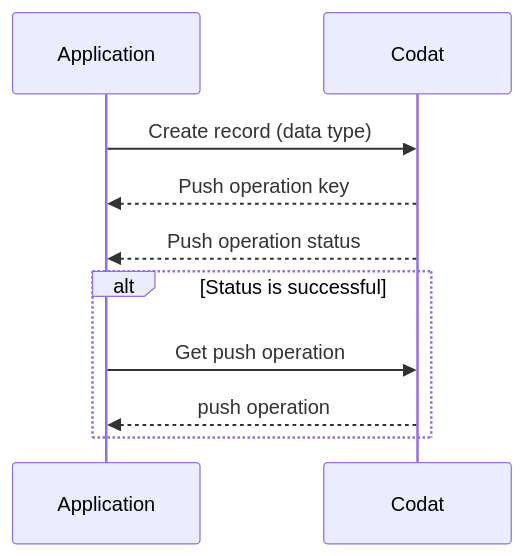
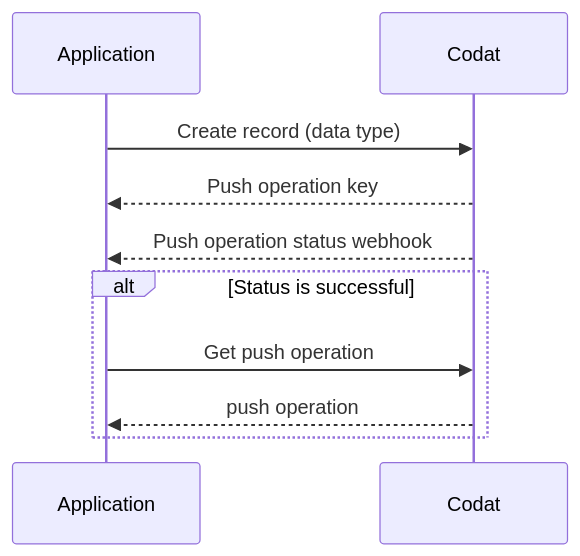
Before and after one commit to codatio/codat-docs: the second of 5 diagrams in docs/lending/guides/general-loan-writeback.md, drawn with Mermaid. The commit also changed other lines of this file, not shown here.

````diff
--- a/docs/lending/guides/general-loan-writeback.md
+++ b/docs/lending/guides/general-loan-writeback.md
@@ -67,15 +69,15 @@
 ```mermaid
   sequenceDiagram
     participant backend as Application 
     participant codat as Codat
     
     backend ->> codat: Create record (data type)
     codat -->> backend: Push operation key
 
-    codat -->> backend: Push operation status
+    codat -->> backend: Push operation status webhook
 
     alt Status is successful
         backend ->> codat: Get push operation
         codat -->> backend: push operation
     end
 ```
````
